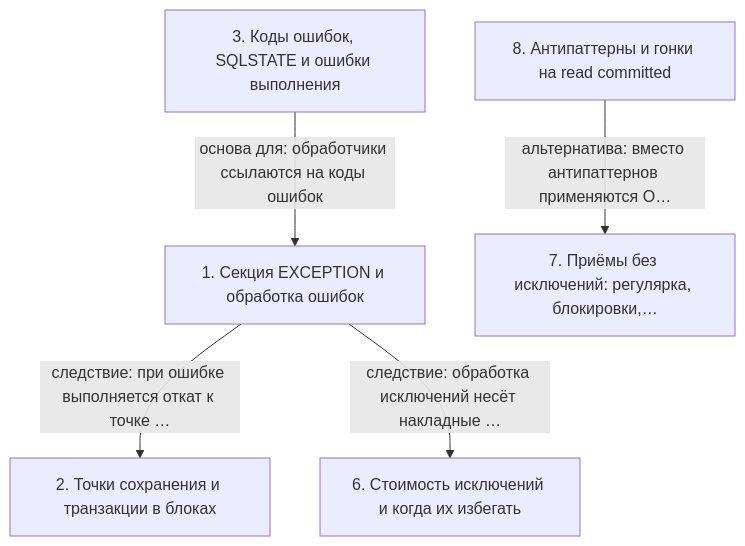
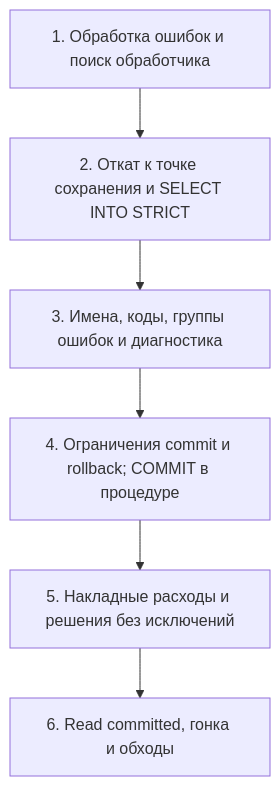
The diagram in postgres-dev1/17 - DEV1-16. 16. Обработка ошибок/notes.md (AsoloCode/notes), drawn with Mermaid before and after one commit. The commit also changed other lines of this file and 503 other files, not shown here.

First line of the commit message:
Обновить конспекты PostgreSQL (QPT-16, DEV1-16): слайды, схемы, факт-чек

````diff
--- a/postgres-dev1/17 - DEV1-16. 16. Обработка ошибок/notes.md
+++ b/postgres-dev1/17 - DEV1-16. 16. Обработка ошибок/notes.md
@@ -113,13 +192,14 @@
 ```mermaid
 flowchart TD
-    n1["1. Секция EXCEPTION и обработка ошибок"]
-    n2["2. Точки сохранения и транзакции в блоках"]
-    n3["3. Коды ошибок, SQLSTATE и ошибки выполнения"]
-    n6["6. Стоимость исключений и когда их избегать"]
-    n7["7. Приёмы без исключений: регулярка, блокировки,…"]
-    n8["8. Антипаттерны и гонки на read committed"]
-    n1 -->|следствие: при ошибке выполняется откат к точке …| n2
-    n3 -->|основа для: обработчики ссылаются на коды ошибок| n1
-    n1 -->|следствие: обработка исключений несёт накладные …| n6
-    n8 -->|альтернатива: вместо антипаттернов применяются O…| n7
+    n1["1. Обработка ошибок и поиск обработчика"]
+    n2["2. Откат к точке сохранения и SELECT INTO STRICT"]
+    n3["3. Имена, коды, группы ошибок и диагностика"]
+    n4["4. Ограничения commit и rollback; COMMIT в процедуре"]
+    n5["5. Накладные расходы и решения без исключений"]
+    n6["6. Read committed, гонка и обходы"]
+    n1 --> n2
+    n2 --> n3
+    n3 --> n4
+    n4 --> n5
+    n5 --> n6
 ```
````
